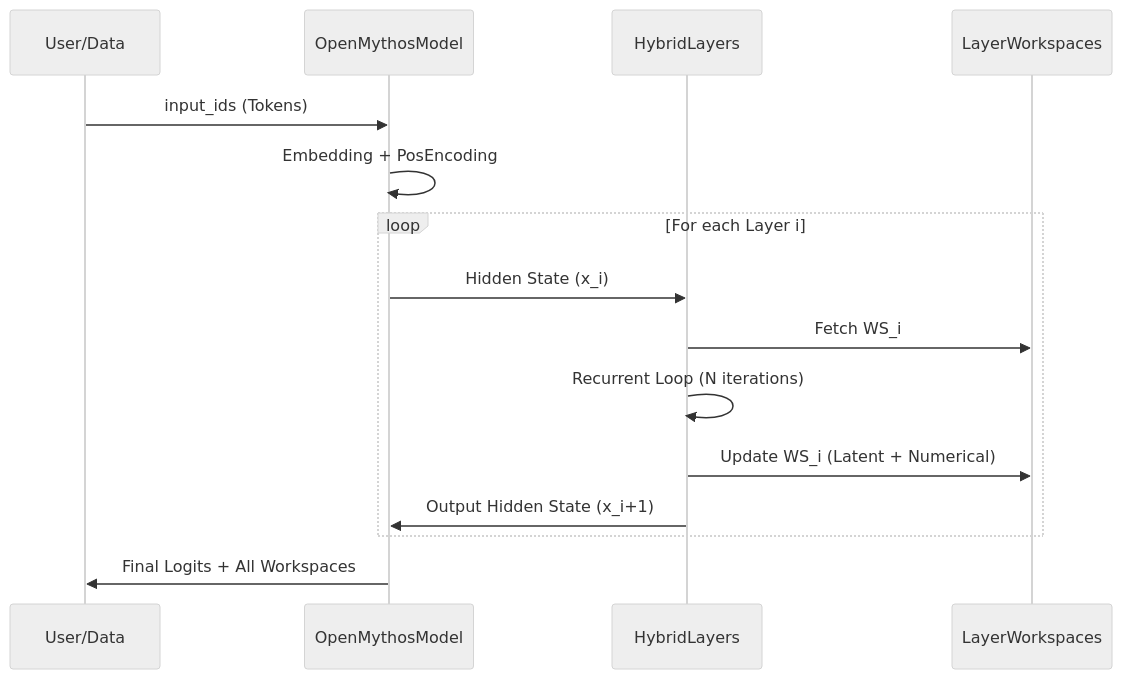
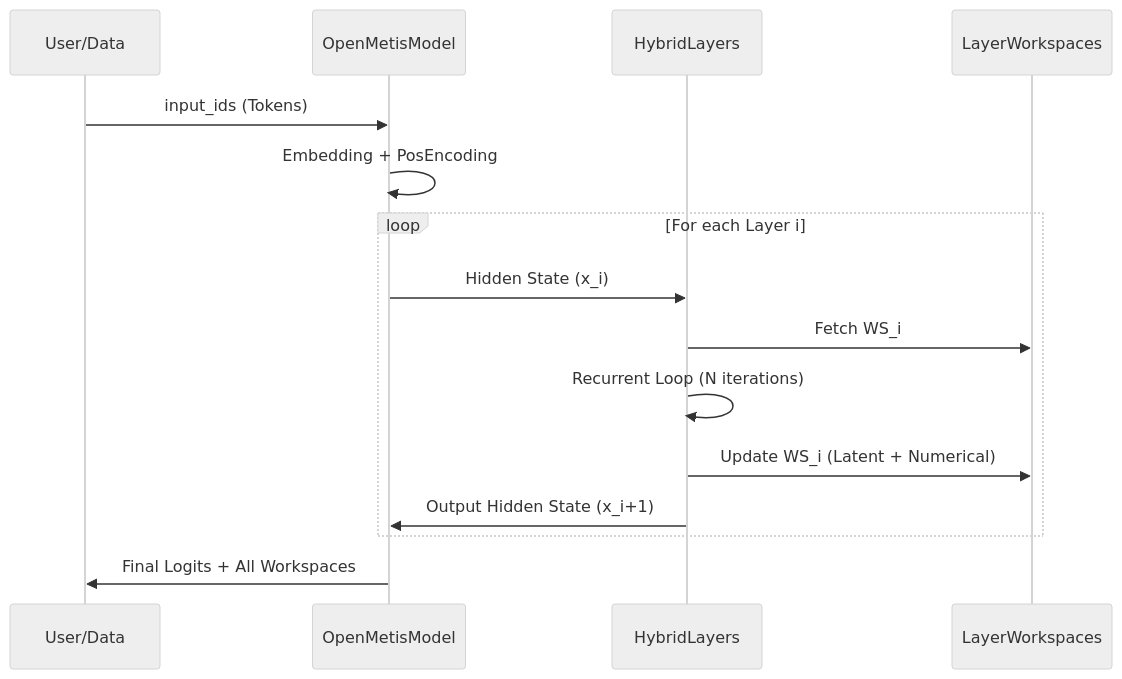
Before and after one commit to Neutron-Binary-LLC/OpenMetis: the second of 2 diagrams in metis_model/README.md, drawn with Mermaid (neutral theme). The commit also changed other lines of this file and 2 other files, not shown here.

Commit message:
Add Black-Scholes pricing demo: custom dataset, hybrid model, and training script

````diff
--- a/metis_model/README.md
+++ b/metis_model/README.md
@@ -44,20 +44,20 @@
 ```mermaid
 sequenceDiagram
     participant U as User/Data
-    participant M as OpenMythosModel
+    participant M as OpenMetisModel
     participant L as HybridLayers
     participant W as LayerWorkspaces
     
     U->>M: input_ids (Tokens)
     M->>M: Embedding + PosEncoding
     
     loop For each Layer i
         M->>L: Hidden State (x_i)
         L->>W: Fetch WS_i
         L->>L: Recurrent Loop (N iterations)
         L->>W: Update WS_i (Latent + Numerical)
         L->>M: Output Hidden State (x_i+1)
     end
     
     M->>U: Final Logits + All Workspaces
 ```
````
